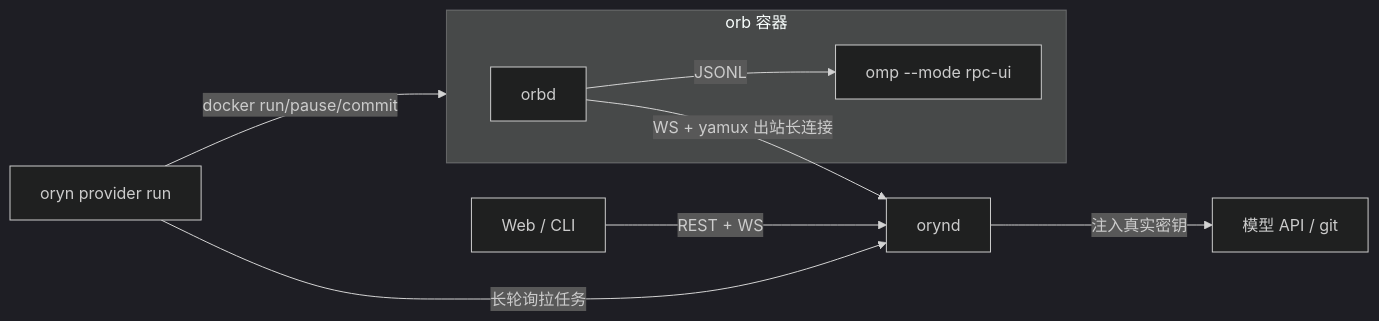
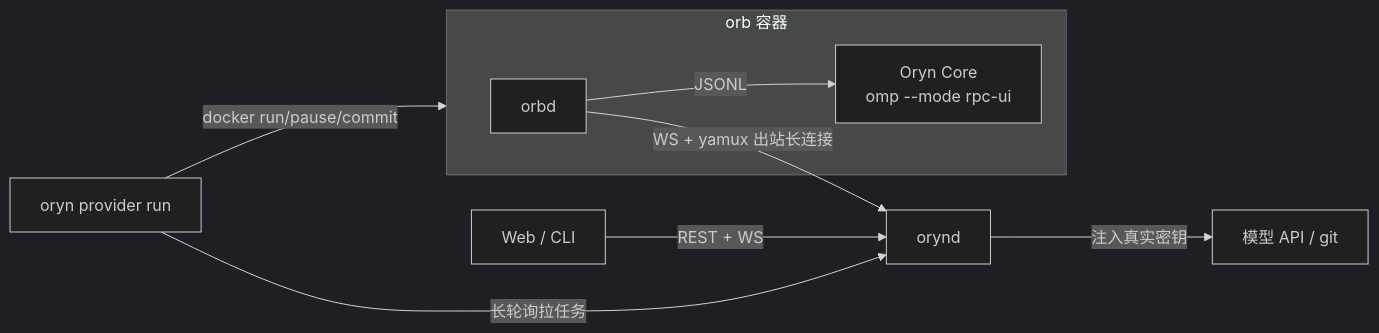
The diagram in README.md (Lynricsy/Oryn), drawn with Mermaid (dark theme) before and after one commit. The commit also changed other lines of this file and 10 other files, not shown here.

First line of the commit message:
refactor(core): ♻️ agent fork 更名 Oryn Core（Lynricsy/oryn-core），Oryn 定位为带高级环境与客户端的 agent 系统

````diff
--- a/README.md
+++ b/README.md
@@ -17,11 +17,11 @@
 ```mermaid
 flowchart LR
   C[Web / CLI] -- REST + WS --> D[orynd]
   P[oryn provider run] -- 长轮询拉任务 --> D
   P -- docker run/pause/commit --> O
   subgraph O[orb 容器]
-    B[orbd] -- JSONL --> A[omp --mode rpc-ui]
+    B[orbd] -- JSONL --> A[Oryn Core<br/>omp --mode rpc-ui]
   end
   B -- WS + yamux 出站长连接 --> D
   D -- 注入真实密钥 --> L[模型 API / git]
 ```
````
